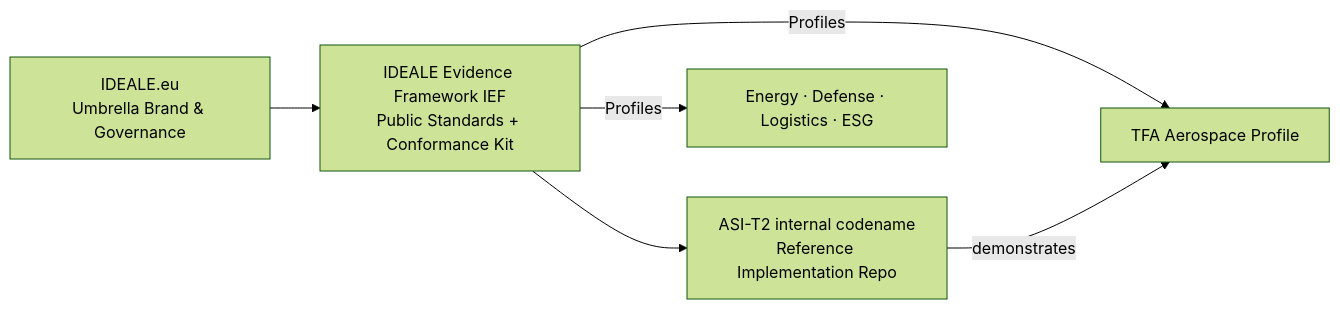
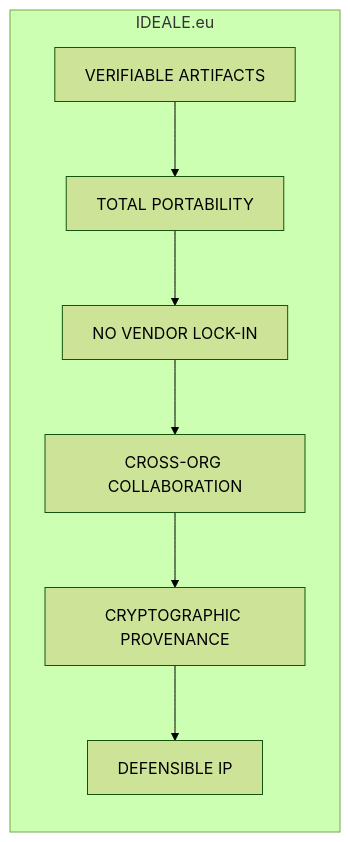
Before and after one commit to Robbbo-T/IDEALE.eu: the diagram in README.md, drawn with Mermaid (forest theme). The commit also changed other lines of this file and 11 other files, not shown here.

First line of the commit message:
docs(readme): position IDEALE.eu as evidence & portability infra

````diff
--- a/README.md
+++ b/README.md
@@ -36,9 +14,10 @@
 ```mermaid
 flowchart LR
-  I[IDEALE.eu<br/>Umbrella Brand & Governance]
-  I --> E[IDEALE Evidence Framework IEF<br/>Public Standards + Conformance Kit]
-  E --> R[ASI-T2 internal codename<br/>Reference Implementation Repo]
-  E -->|Profiles| TFA[TFA Aerospace Profile]
-  E -->|Profiles| Other[Energy · Defense · Logistics · ESG]
-  R -->|demonstrates| TFA
+  subgraph "IDEALE.eu"
+    A[VERIFIABLE ARTIFACTS] --> B[TOTAL PORTABILITY]
+    B --> C[NO VENDOR LOCK-IN]
+    C --> D[CROSS-ORG COLLABORATION]
+    D --> E[CRYPTOGRAPHIC PROVENANCE]
+    E --> F[DEFENSIBLE IP]
+  end
 ```
````
